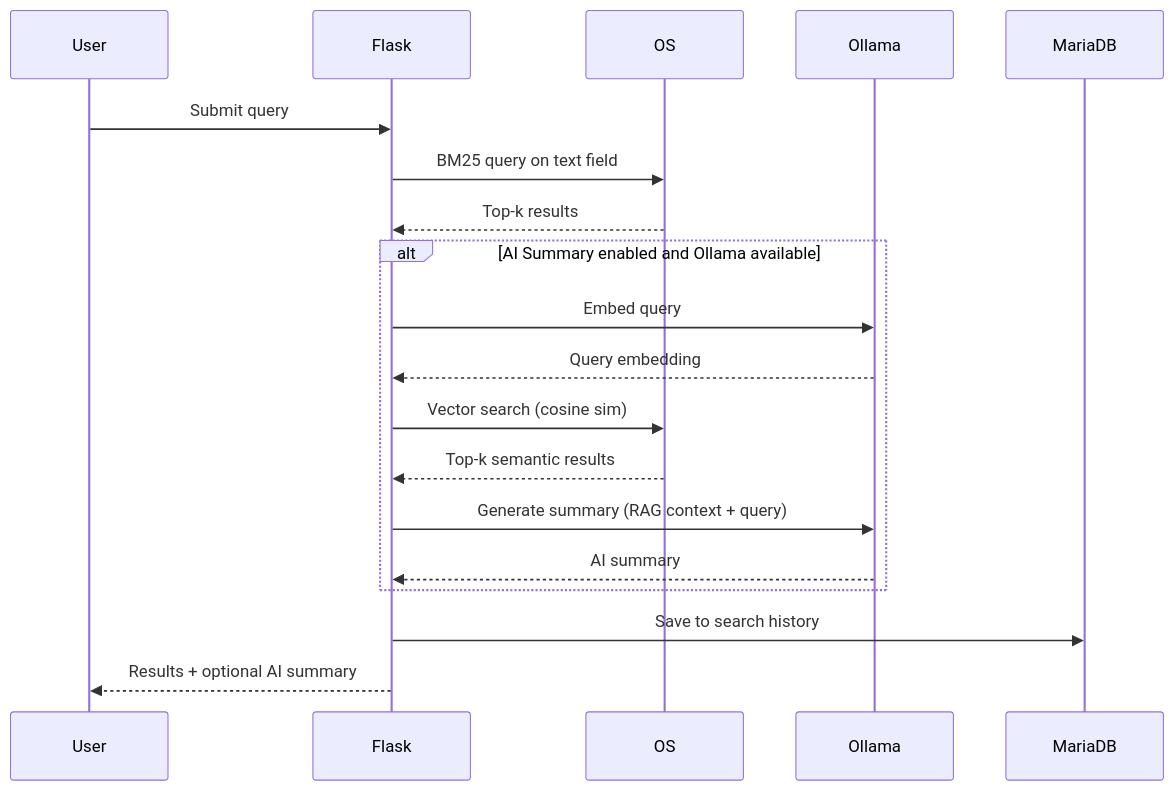
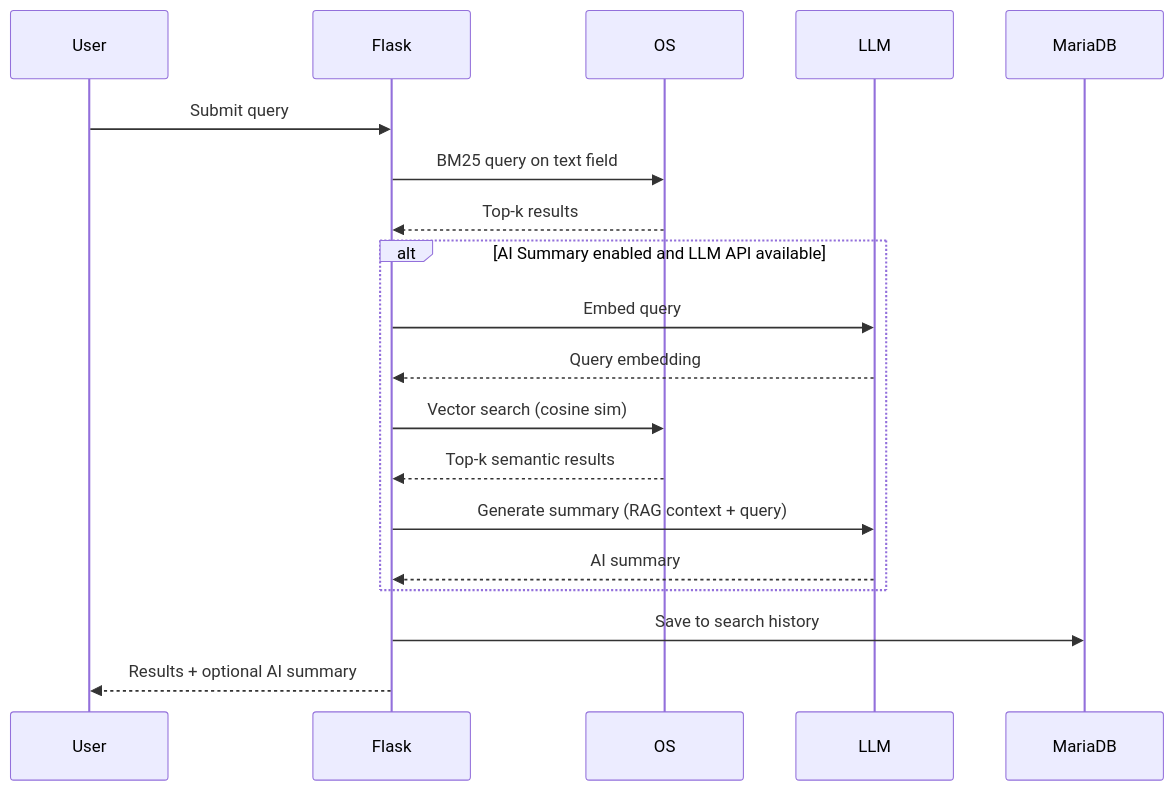
One commit to eyeclept/SHSE changed the fourth of 5 diagrams in DesignDoc.md. Above: the diagram before and after it, drawn with Mermaid. The commit also changed other lines of this file and 14 other files, not shown here.

````diff
--- a/DesignDoc.md
+++ b/DesignDoc.md
@@ -312,22 +348,22 @@
 ```mermaid
 sequenceDiagram
     participant User
     participant Flask
     participant OS
-    participant Ollama
+    participant LLM
     participant MariaDB
 
     User->>Flask: Submit query
     Flask->>OS: BM25 query on text field
     OS-->>Flask: Top-k results
-    alt AI Summary enabled and Ollama available
-        Flask->>Ollama: Embed query
-        Ollama-->>Flask: Query embedding
+    alt AI Summary enabled and LLM API available
+        Flask->>LLM: Embed query
+        LLM-->>Flask: Query embedding
         Flask->>OS: Vector search (cosine sim)
         OS-->>Flask: Top-k semantic results
-        Flask->>Ollama: Generate summary (RAG context + query)
-        Ollama-->>Flask: AI summary
+        Flask->>LLM: Generate summary (RAG context + query)
+        LLM-->>Flask: AI summary
     end
     Flask->>MariaDB: Save to search history
     Flask-->>User: Results + optional AI summary
 ```
````
